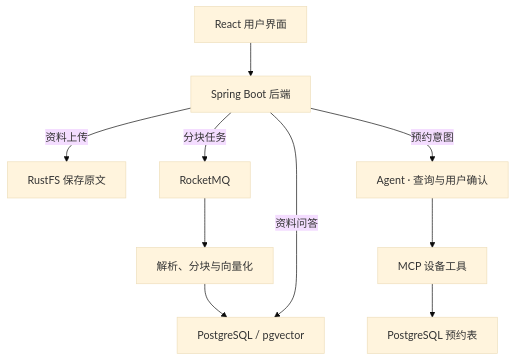
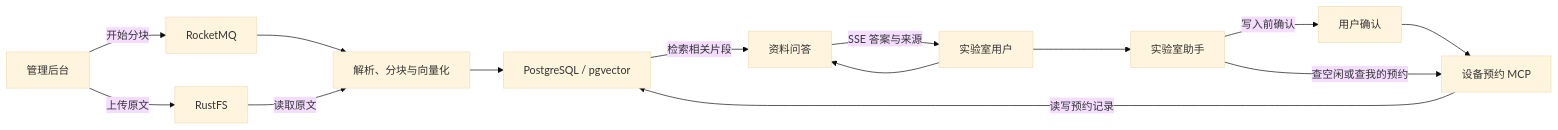
One commit to QYL66/labdesk changed the diagram in README.md. Above: the diagram before and after it, drawn with Mermaid (base theme). The commit also changed other lines of this file and 3 other files, not shown here.

````diff
--- a/README.md
+++ b/README.md
@@ -46,12 +52,18 @@
 ```mermaid
-flowchart TB
-    UI["React 用户界面"] --> API["Spring Boot 后端"]
-    API -->|资料上传| FILES["RustFS 保存原文"]
-    API -->|分块任务| MQ["RocketMQ"]
-    MQ --> INGEST["解析、分块与向量化"]
-    INGEST --> SEARCH["PostgreSQL / pgvector"]
-    API -->|资料问答| SEARCH
-    API -->|预约意图| AGENT["Agent · 查询与用户确认"]
-    AGENT --> MCP["MCP 设备工具"]
-    MCP --> BOOK["PostgreSQL 预约表"]
+flowchart LR
+    Admin["管理后台"] -->|上传原文| Store["RustFS"]
+    Admin -->|开始分块| Queue["RocketMQ"]
+    Queue --> Worker["解析、分块与向量化"]
+    Store -->|读取原文| Worker
+    Worker --> DB["PostgreSQL / pgvector"]
+
+    User["实验室用户"] --> QA["资料问答"]
+    DB -->|检索相关片段| QA
+    QA -->|SSE 答案与来源| User
+
+    User --> Agent["实验室助手"]
+    Agent -->|写入前确认| Confirm["用户确认"]
+    Confirm --> MCP["设备预约 MCP"]
+    Agent -->|查空闲或查我的预约| MCP
+    MCP -->|读写预约记录| DB
 ```
````
